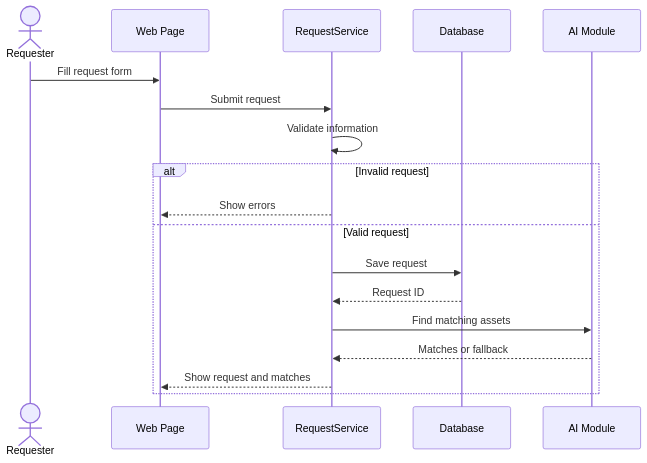
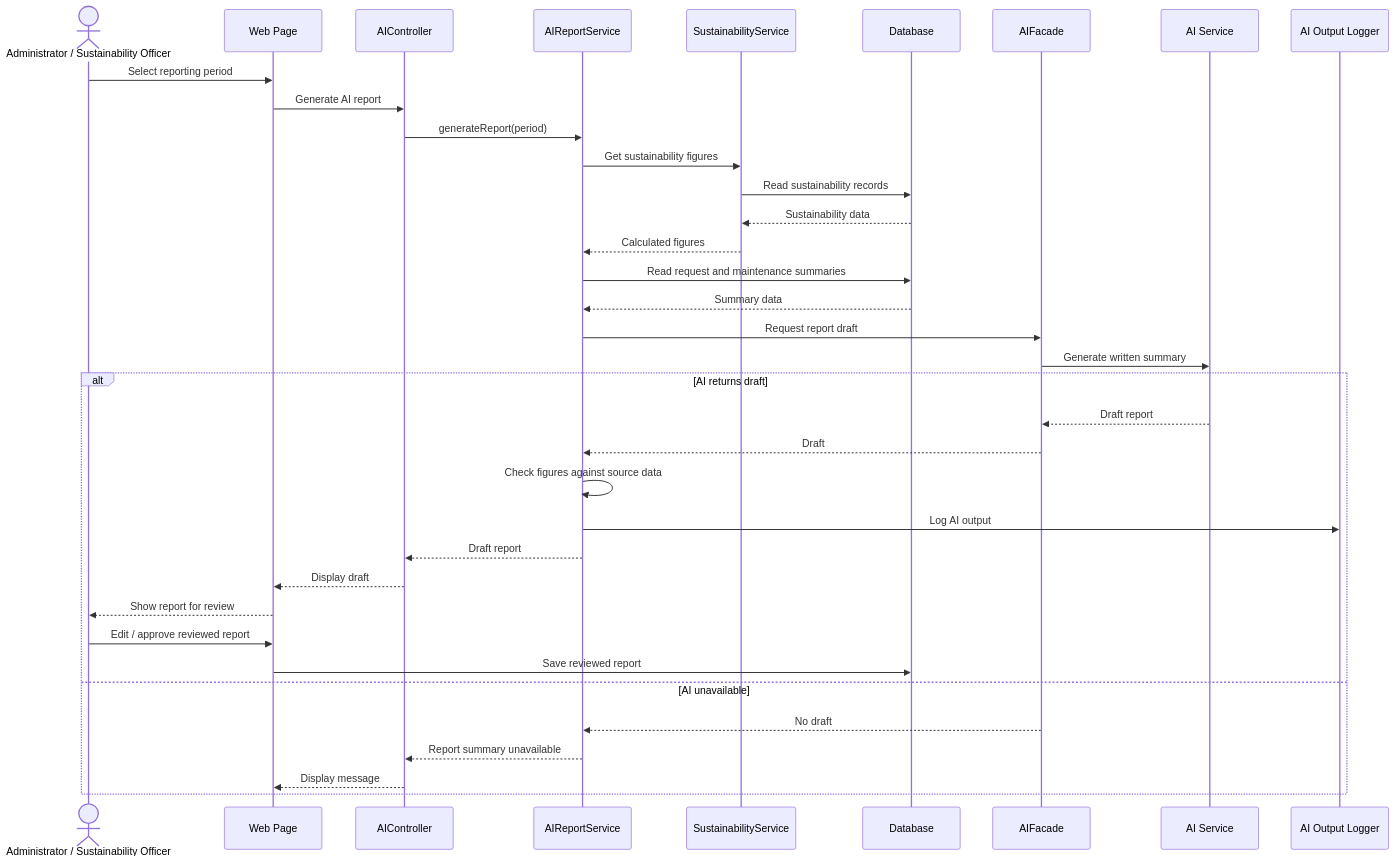
The fifth of 10 diagrams in phase 4-5/01_part1_assets_marketplace_requests.md (Abdulla66541/COSC336-GROUP5), drawn with Mermaid before and after one commit. The commit also changed other lines of this file, not shown here.

````diff
--- a/phase 4-5/01_part1_assets_marketplace_requests.md
+++ b/phase 4-5/01_part1_assets_marketplace_requests.md
@@ -234,22 +270,40 @@
 ```mermaid
 sequenceDiagram
-    actor RQ as Requester
+    actor U as Administrator / Sustainability Officer
     participant UI as Web Page
-    participant S as RequestService
+    participant AIC as AIController
+    participant AR as AIReportService
+    participant SS as SustainabilityService
     participant DB as Database
-    participant AI as AI Module
+    participant AF as AIFacade
+    participant AI as AI Service
+    participant LOG as AI Output Logger
 
-    RQ->>UI: Fill request form
-    UI->>S: Submit request
-    S->>S: Validate information
+    U->>UI: Select reporting period
+    UI->>AIC: Generate AI report
+    AIC->>AR: generateReport(period)
+    AR->>SS: Get sustainability figures
+    SS->>DB: Read sustainability records
+    DB-->>SS: Sustainability data
+    SS-->>AR: Calculated figures
+    AR->>DB: Read request and maintenance summaries
+    DB-->>AR: Summary data
+    AR->>AF: Request report draft
+    AF->>AI: Generate written summary
 
-    alt Invalid request
-        S-->>UI: Show errors
-    else Valid request
-        S->>DB: Save request
-        DB-->>S: Request ID
-        S->>AI: Find matching assets
-        AI-->>S: Matches or fallback
-        S-->>UI: Show request and matches
+    alt AI returns draft
+        AI-->>AF: Draft report
+        AF-->>AR: Draft
+        AR->>AR: Check figures against source data
+        AR->>LOG: Log AI output
+        AR-->>AIC: Draft report
+        AIC-->>UI: Display draft
+        UI-->>U: Show report for review
+        U->>UI: Edit / approve reviewed report
+        UI->>DB: Save reviewed report
+    else AI unavailable
+        AF-->>AR: No draft
+        AR-->>AIC: Report summary unavailable
+        AIC-->>UI: Display message
     end
 ```
````
